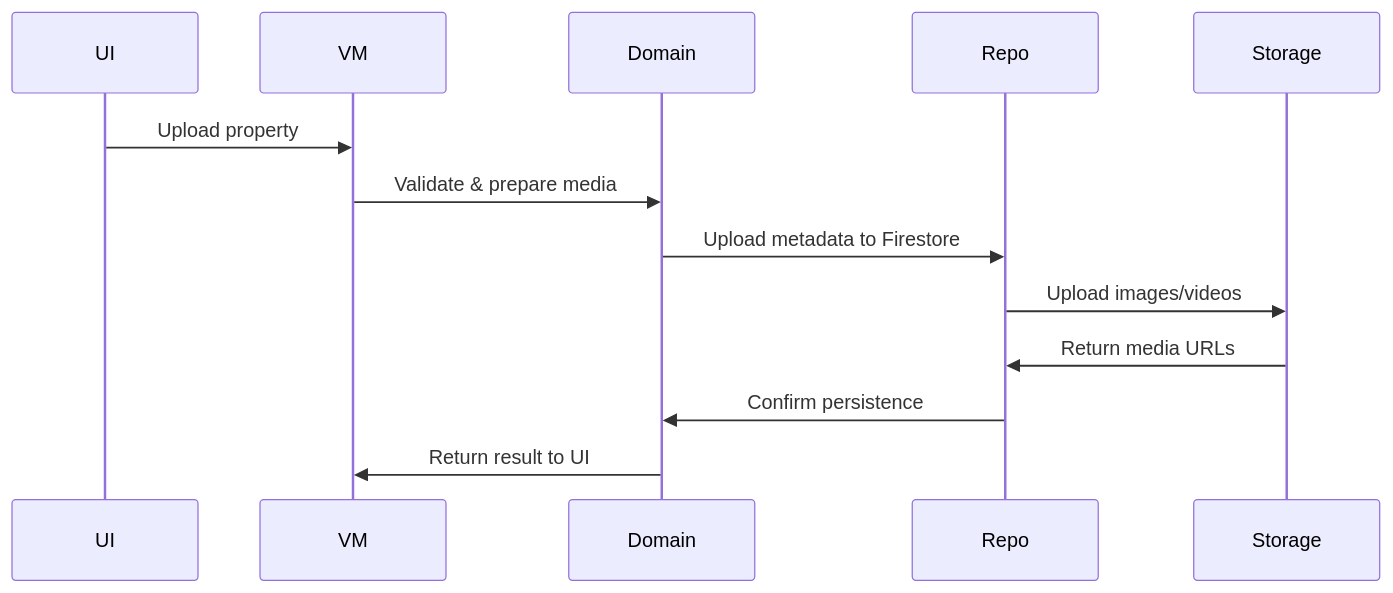
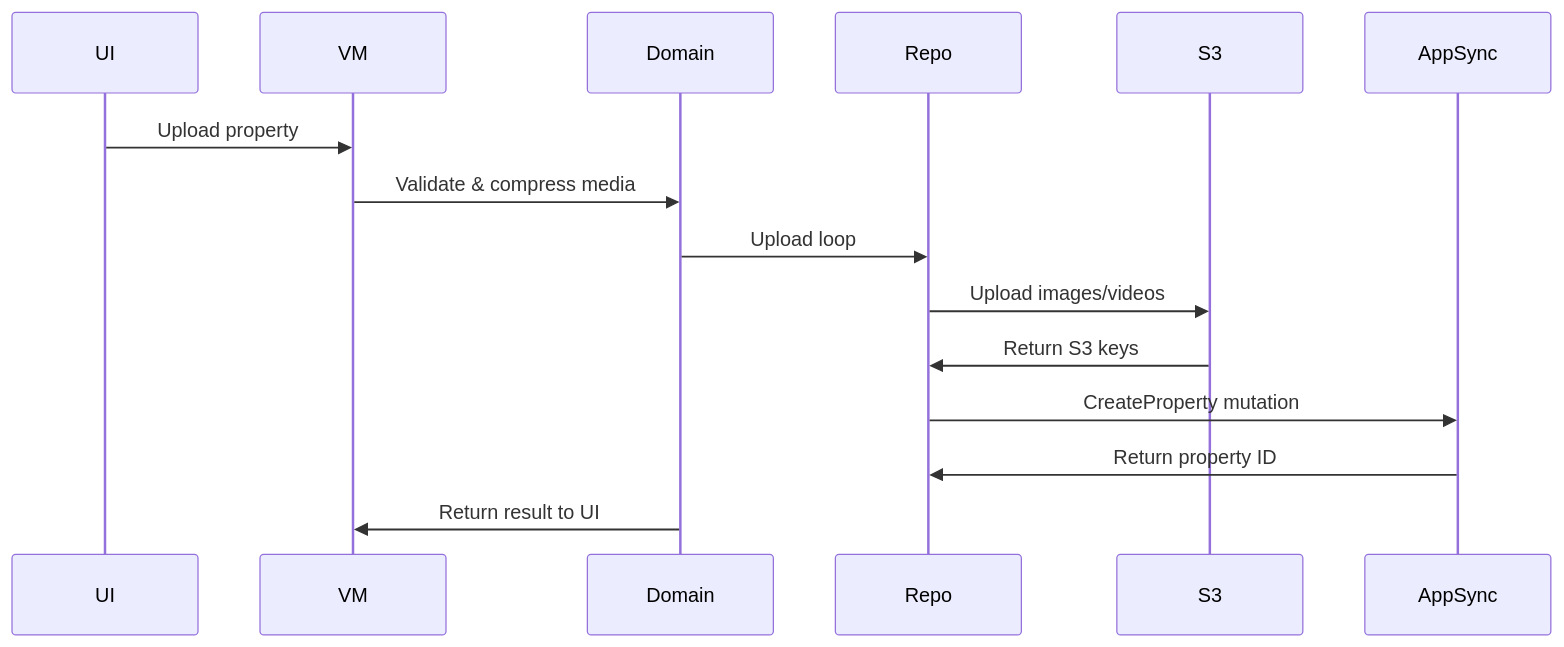
One commit to harrykibet/RealEstateApp-Android changed the second of 3 diagrams in docs/ENGINEERING.md. Above: the diagram before and after it, drawn with Mermaid. The commit also changed other lines of this file and 7 other files, not shown here.

````diff
--- a/docs/ENGINEERING.md
+++ b/docs/ENGINEERING.md
@@ -72,16 +69,18 @@
 ```mermaid
 sequenceDiagram
     participant UI
     participant VM
     participant Domain
     participant Repo
-    participant Storage
+    participant S3
+    participant AppSync
 
     UI->>VM: Upload property
-    VM->>Domain: Validate & prepare media
-    Domain->>Repo: Upload metadata to Firestore
-    Repo->>Storage: Upload images/videos
-    Storage->>Repo: Return media URLs
-    Repo->>Domain: Confirm persistence
+    VM->>Domain: Validate & compress media
+    Domain->>Repo: Upload loop
+    Repo->>S3: Upload images/videos
+    S3->>Repo: Return S3 keys
+    Repo->>AppSync: CreateProperty mutation
+    AppSync->>Repo: Return property ID
     Domain->>VM: Return result to UI
 ```
````
